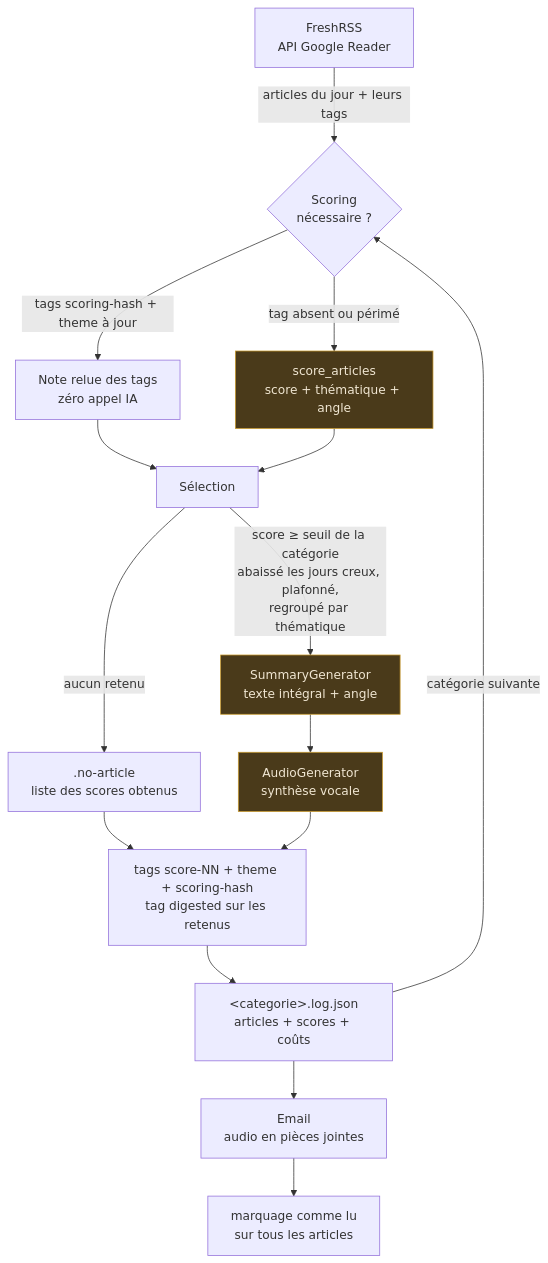
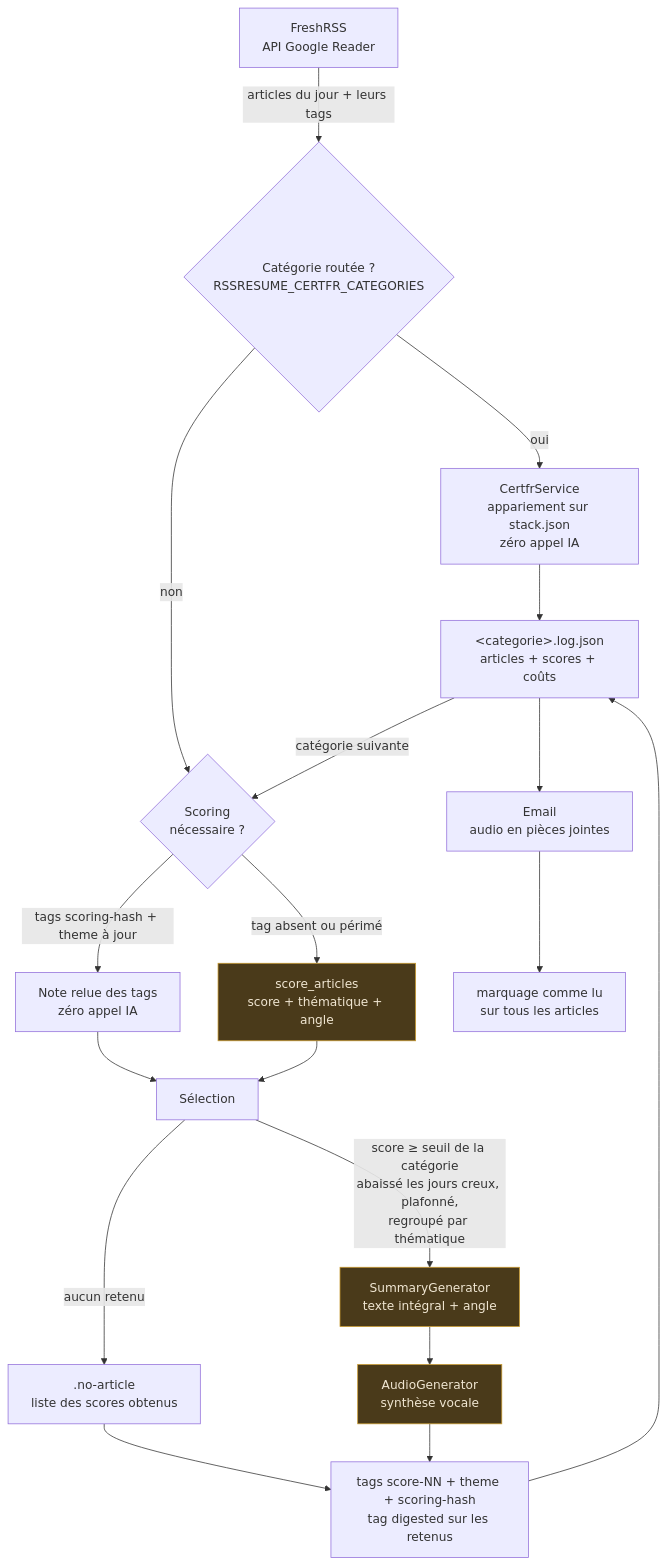
One commit to odrix/RSSResume changed the first of 2 diagrams in FONCTIONNEMENT.md. Above: the diagram before and after it, drawn with Mermaid. The commit also changed other lines of this file and 19 other files, not shown here.

````diff
--- a/FONCTIONNEMENT.md
+++ b/FONCTIONNEMENT.md
@@ -8,24 +8,28 @@
 ```mermaid
 flowchart TD
-    A[FreshRSS<br/>API Google Reader] -->|articles du jour + leurs tags| B{Scoring<br/>nécessaire ?}
+    A[FreshRSS<br/>API Google Reader] -->|articles du jour + leurs tags| R{Catégorie routée ?<br/>RSSRESUME_CERTFR_CATEGORIES}
+
+    R -->|oui| S["CertfrService<br/>appariement sur stack.json<br/>zéro appel IA"]
+    S --> J
+    R -->|non| B{Scoring<br/>nécessaire ?}
 
     B -->|tags scoring-hash + theme à jour| C[Note relue des tags<br/>zéro appel IA]
     B -->|tag absent ou périmé| D[score_articles<br/>score + thématique + angle]
 
     C --> E[Sélection]
     D --> E
 
     E -->|score ≥ seuil de la catégorie<br/>abaissé les jours creux, plafonné,<br/>regroupé par thématique| F[SummaryGenerator<br/>texte intégral + angle]
     E -->|aucun retenu| N[".no-article<br/>liste des scores obtenus"]
     N --> T
     F --> G[AudioGenerator<br/>synthèse vocale]
     G --> T[tags score-NN + theme + scoring-hash<br/>tag digested sur les retenus]
     T --> J["&lt;categorie&gt;.log.json<br/>articles + scores + coûts"]
     J -->|catégorie suivante| B
     J --> H[Email<br/>audio en pièces jointes]
     H --> L[marquage comme lu<br/>sur tous les articles]
 
     style D fill:#4a3a1a,stroke:#c99a2e,color:#f0e6d2
     style F fill:#4a3a1a,stroke:#c99a2e,color:#f0e6d2
     style G fill:#4a3a1a,stroke:#c99a2e,color:#f0e6d2
 ```
````
